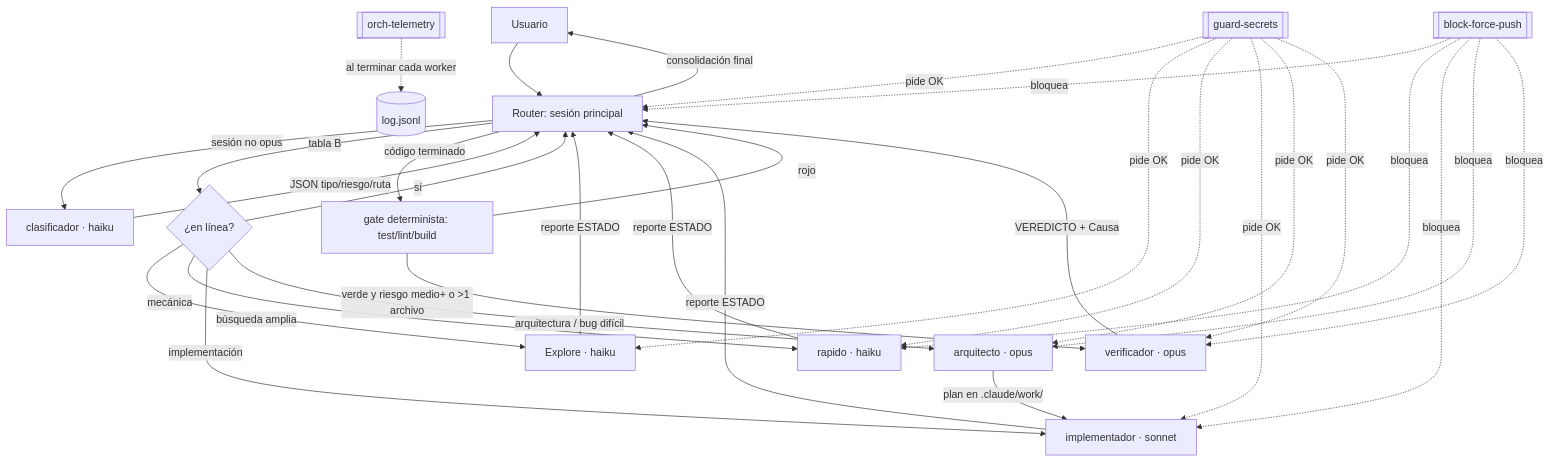
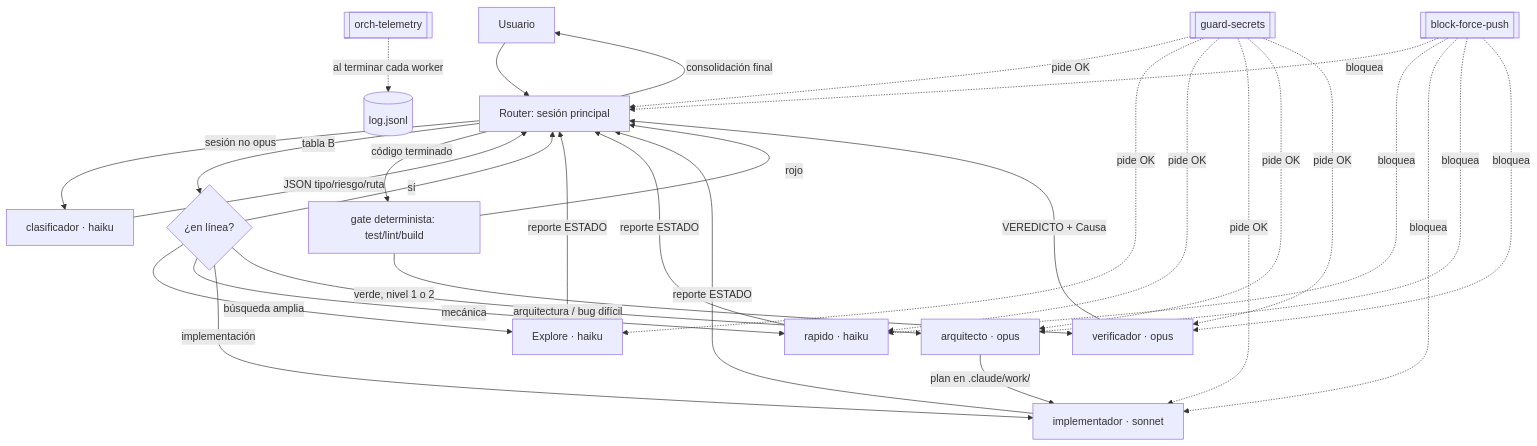
Before and after one commit to Turing0x/relevo: the diagram in README.es.md, drawn with Mermaid. The commit also changed other lines of this file and 41 other files, not shown here.

````diff
--- a/README.es.md
+++ b/README.es.md
@@ -37,22 +37,22 @@
 ```mermaid
 flowchart TD
     U[Usuario] --> R[Router: sesión principal]
     R -->|"sesión no opus"| C[clasificador · haiku]
     C -->|JSON tipo/riesgo/ruta| R
     R -->|"tabla B"| L{¿en línea?}
     L -->|sí| R
     L -->|búsqueda amplia| E[Explore · haiku]
     L -->|mecánica| RA[rapido · haiku]
     L -->|implementación| I[implementador · sonnet]
     L -->|arquitectura / bug difícil| A[arquitecto · opus]
     A -->|plan en .claude/work/| I
     E & RA & I -->|reporte ESTADO| R
     R -->|código terminado| G1[gate determinista: test/lint/build]
     G1 -->|rojo| R
-    G1 -->|verde y riesgo medio+ o >1 archivo| V[verificador · opus]
+    G1 -->|verde, nivel 1 o 2| V[verificador · opus]
     V -->|VEREDICTO + Causa| R
     R -->|consolidación final| U
     H1[[block-force-push]] -.bloquea.-> R & RA & I & A & V
     H2[[guard-secrets]] -.pide OK.-> R & E & RA & I & A & V
     H3[[orch-telemetry]] -.al terminar cada worker.-> LOG[(log.jsonl)]
 ```
````
